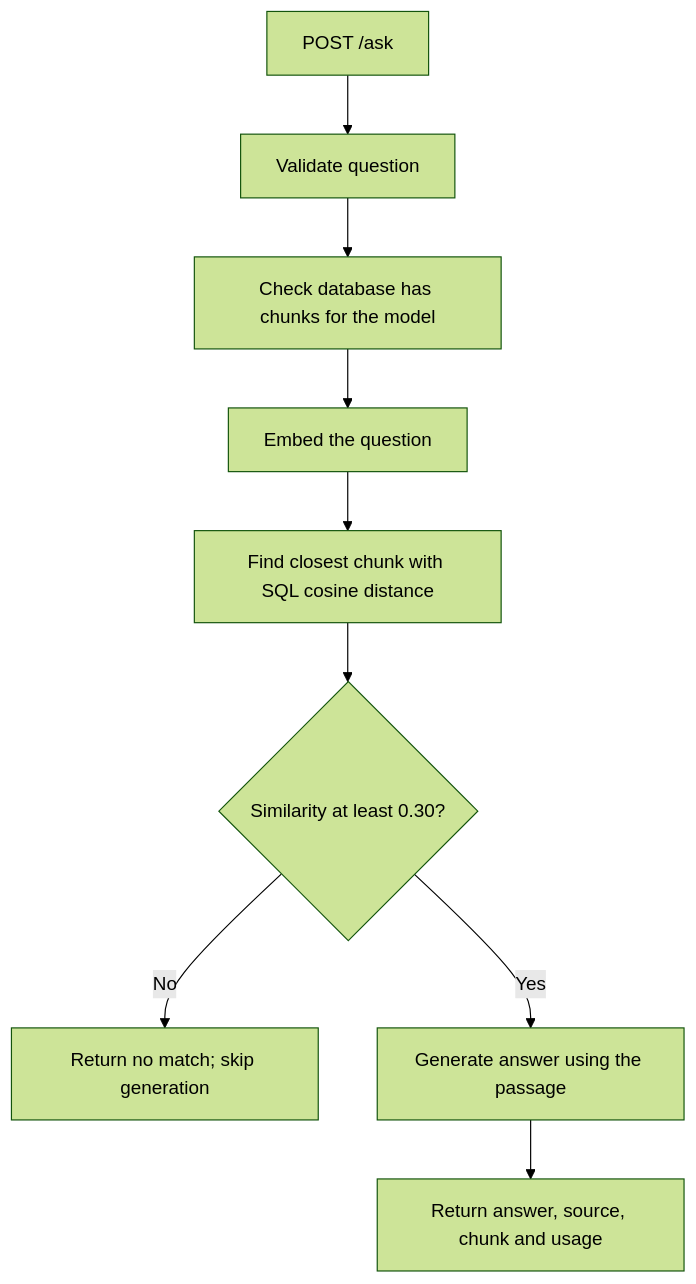
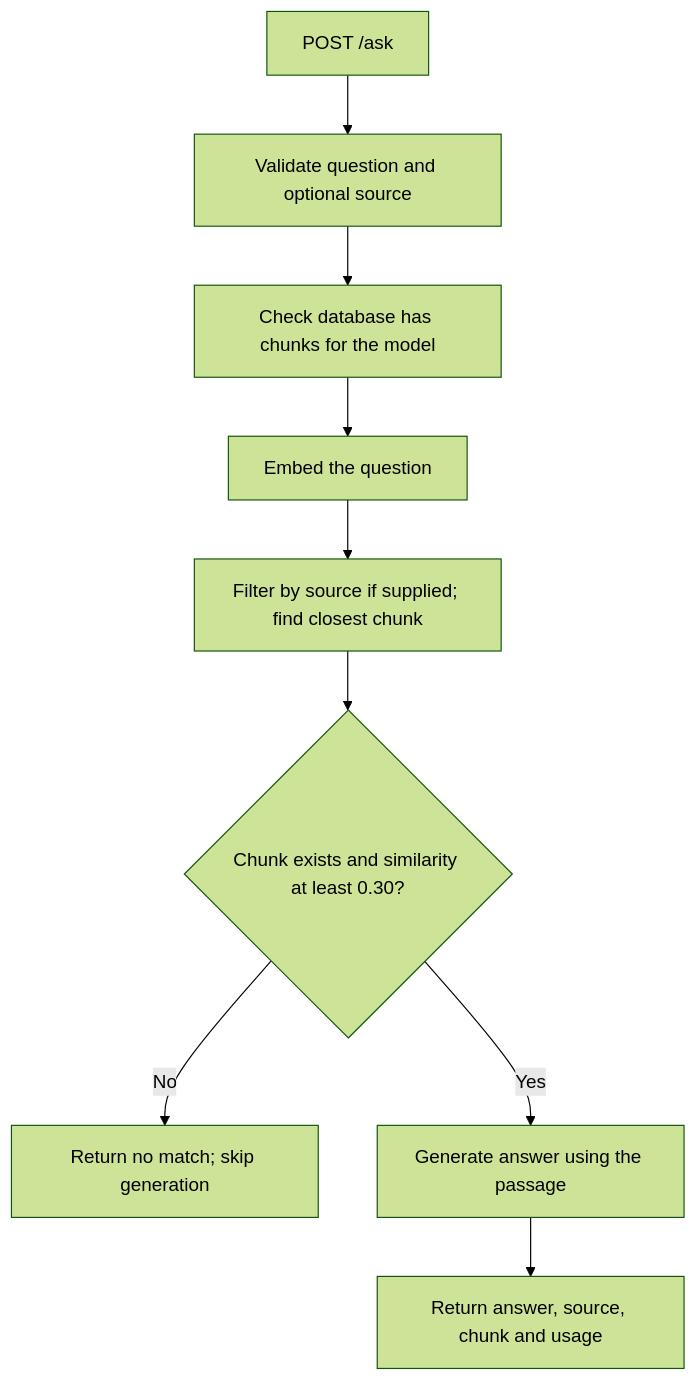
The second of 2 diagrams in docs/project-02.md (mcxolani/ai-engineer), drawn with Mermaid (forest theme) before and after one commit. The commit also changed other lines of this file and 8 other files, not shown here.

````diff
--- a/docs/project-02.md
+++ b/docs/project-02.md
@@ -36,11 +37,11 @@
 ```mermaid
 flowchart TD
-    A[POST /ask] --> B[Validate question]
+    A[POST /ask] --> B[Validate question and optional source]
     B --> C[Check database has chunks for the model]
     C --> D[Embed the question]
-    D --> E[Find closest chunk with SQL cosine distance]
-    E --> F{Similarity at least 0.30?}
+    D --> E[Filter by source if supplied; find closest chunk]
+    E --> F{Chunk exists and similarity at least 0.30?}
     F -->|No| G[Return no match; skip generation]
     F -->|Yes| H[Generate answer using the passage]
     H --> I[Return answer, source, chunk and usage]
 ```
````
